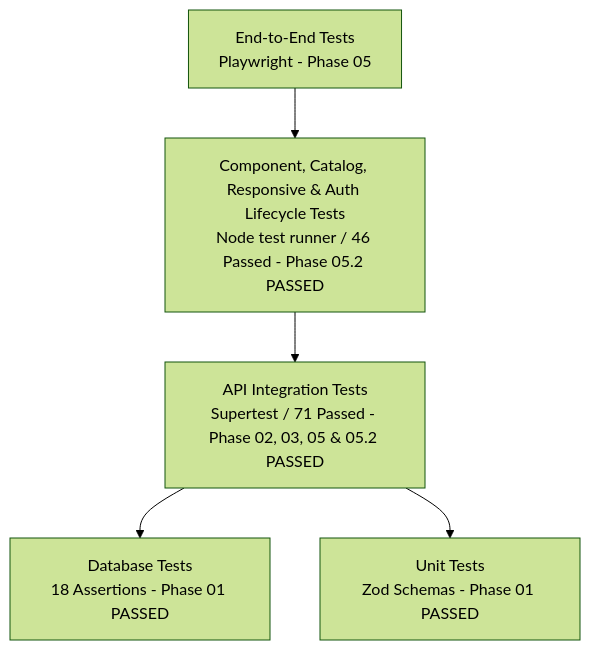
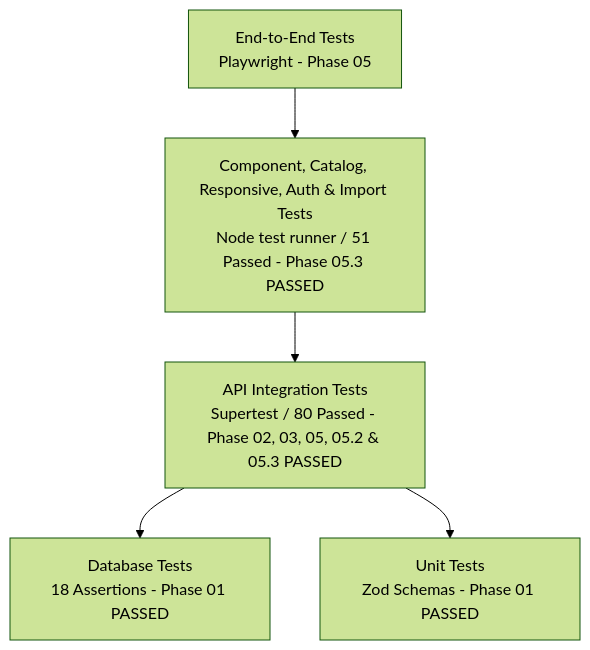
One commit to ragnarStark79/AnimeManager changed the diagram in docs/test-report.md. Above: the diagram before and after it, drawn with Mermaid (forest theme). The commit also changed other lines of this file and 13 other files, not shown here.

````diff
--- a/docs/test-report.md
+++ b/docs/test-report.md
@@ -435,13 +469,13 @@
 ```mermaid
 graph TD
     E2E[End-to-End Tests<br/>Playwright - Phase 05]
-    Comp[Component, Catalog, Responsive & Auth Lifecycle Tests<br/>Node test runner / 46 Passed - Phase 05.2 PASSED]
-    Int[API Integration Tests<br/>Supertest / 71 Passed - Phase 02, 03, 05 & 05.2 PASSED]
+    Comp[Component, Catalog, Responsive, Auth & Import Tests<br/>Node test runner / 51 Passed - Phase 05.3 PASSED]
+    Int[API Integration Tests<br/>Supertest / 80 Passed - Phase 02, 03, 05, 05.2 & 05.3 PASSED]
     DB[Database Tests<br/>18 Assertions - Phase 01 PASSED]
     Unit[Unit Tests<br/>Zod Schemas - Phase 01 PASSED]
 
     E2E --> Comp
     Comp --> Int
     Int --> DB
     Int --> Unit
 ```
````
